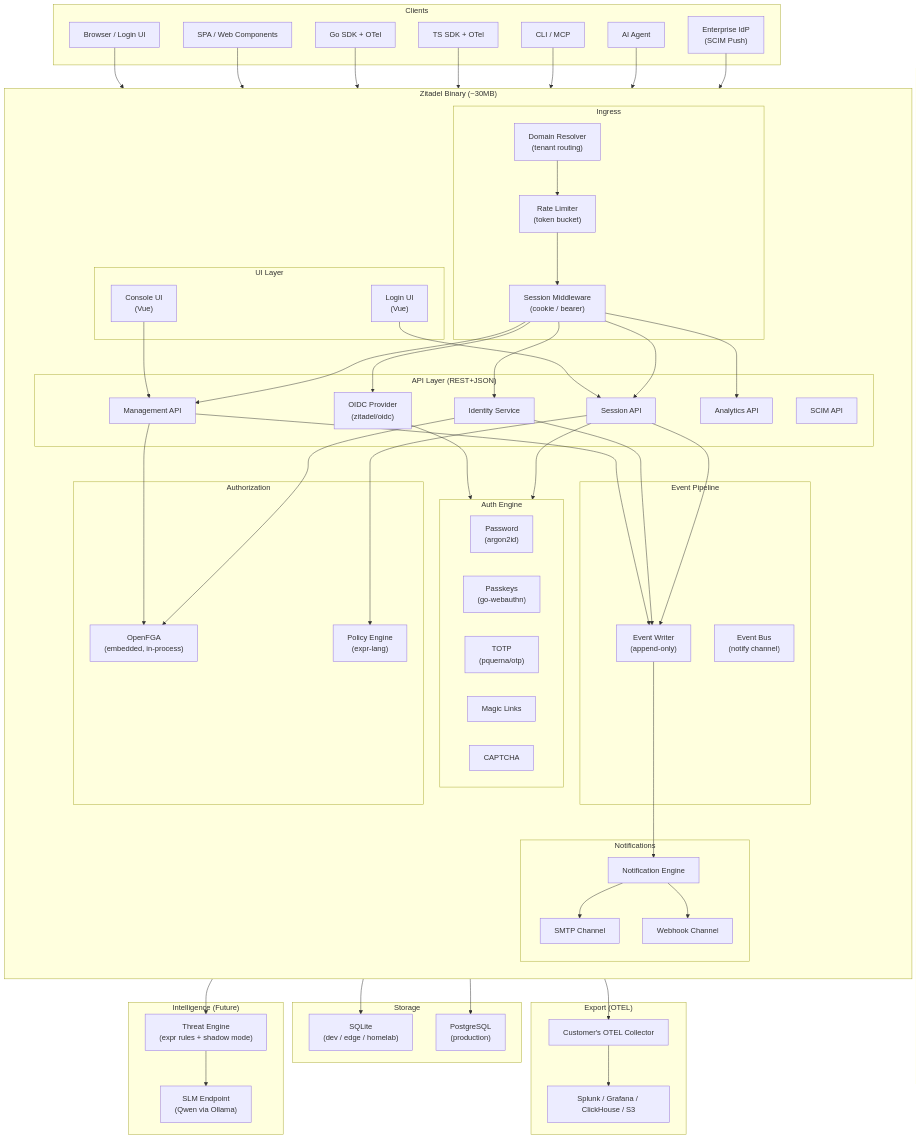
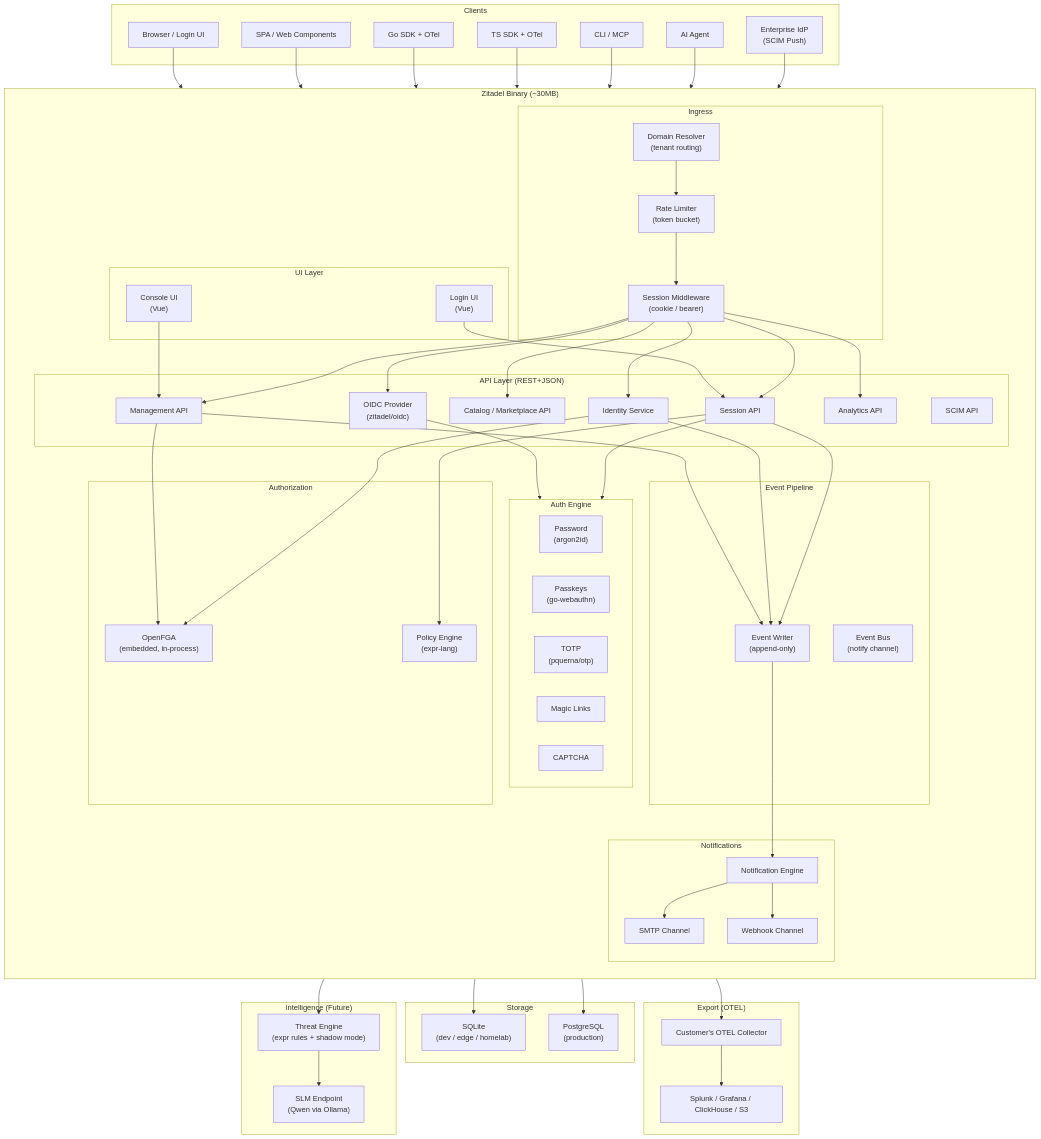
The first of 3 diagrams in docs/architecture/overview.md (fforootd/hodor), drawn with Mermaid before and after one commit. The commit also changed other lines of this file and 55 other files, not shown here.

Commit message:
Unify provider catalog and schema-driven resource editing

```diff
--- a/docs/architecture/overview.md
+++ b/docs/architecture/overview.md
@@ -28,6 +28,7 @@
         subgraph APIs["API Layer (REST+JSON)"]
             SessionAPI["Session API"]
             IdentityAPI["Identity Service"]
+            CatalogAPI["Catalog / Marketplace API"]
             OIDC_EP["OIDC Provider<br/>(zitadel/oidc)"]
             SCIM_EP["SCIM API"]
             MgmtAPI["Management API"]
@@ -91,6 +92,7 @@
 
     SessionMW --> SessionAPI
     SessionMW --> IdentityAPI
+    SessionMW --> CatalogAPI
     SessionMW --> OIDC_EP
     SessionMW --> MgmtAPI
     SessionMW --> AnalyticsAPI
```
